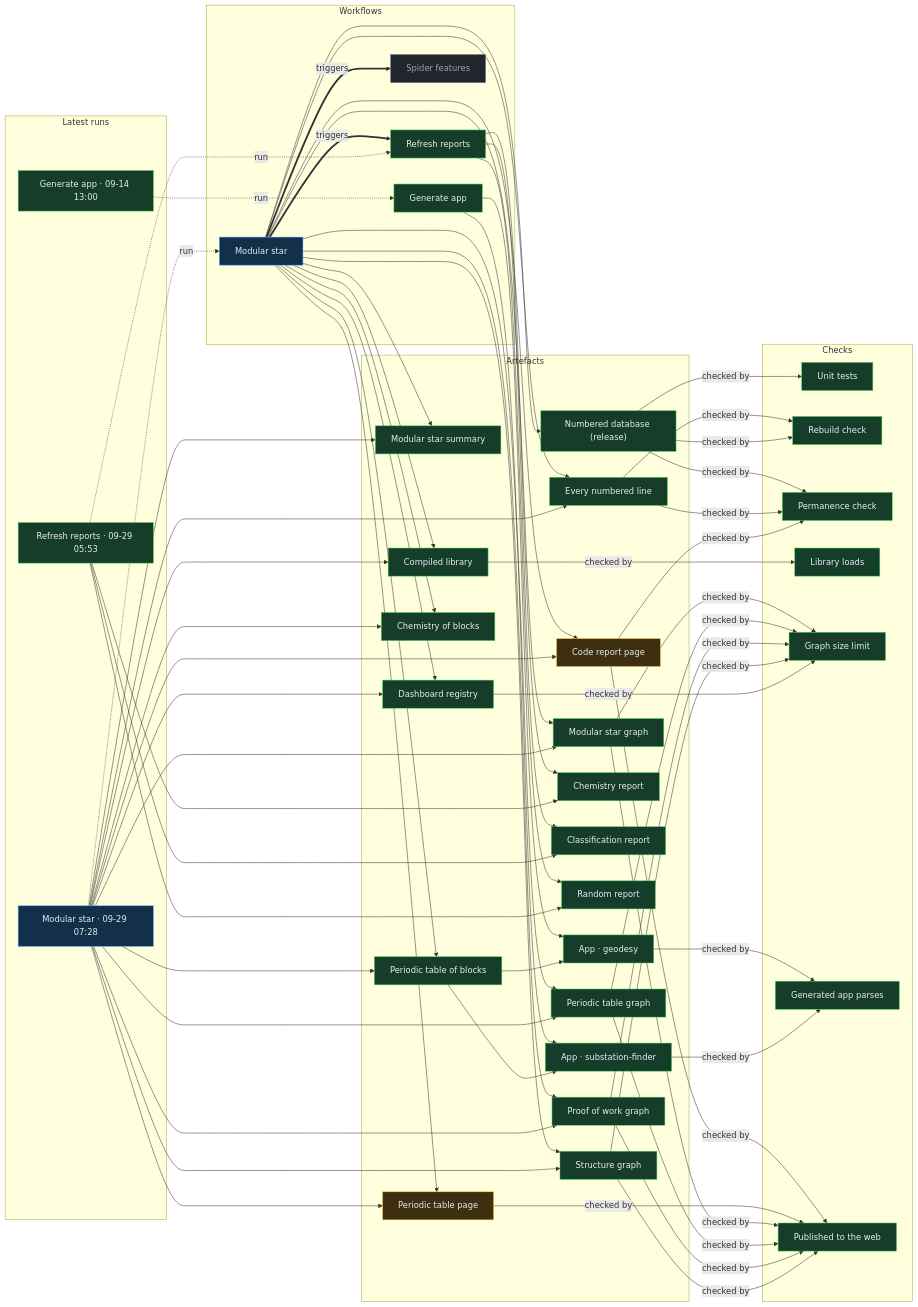
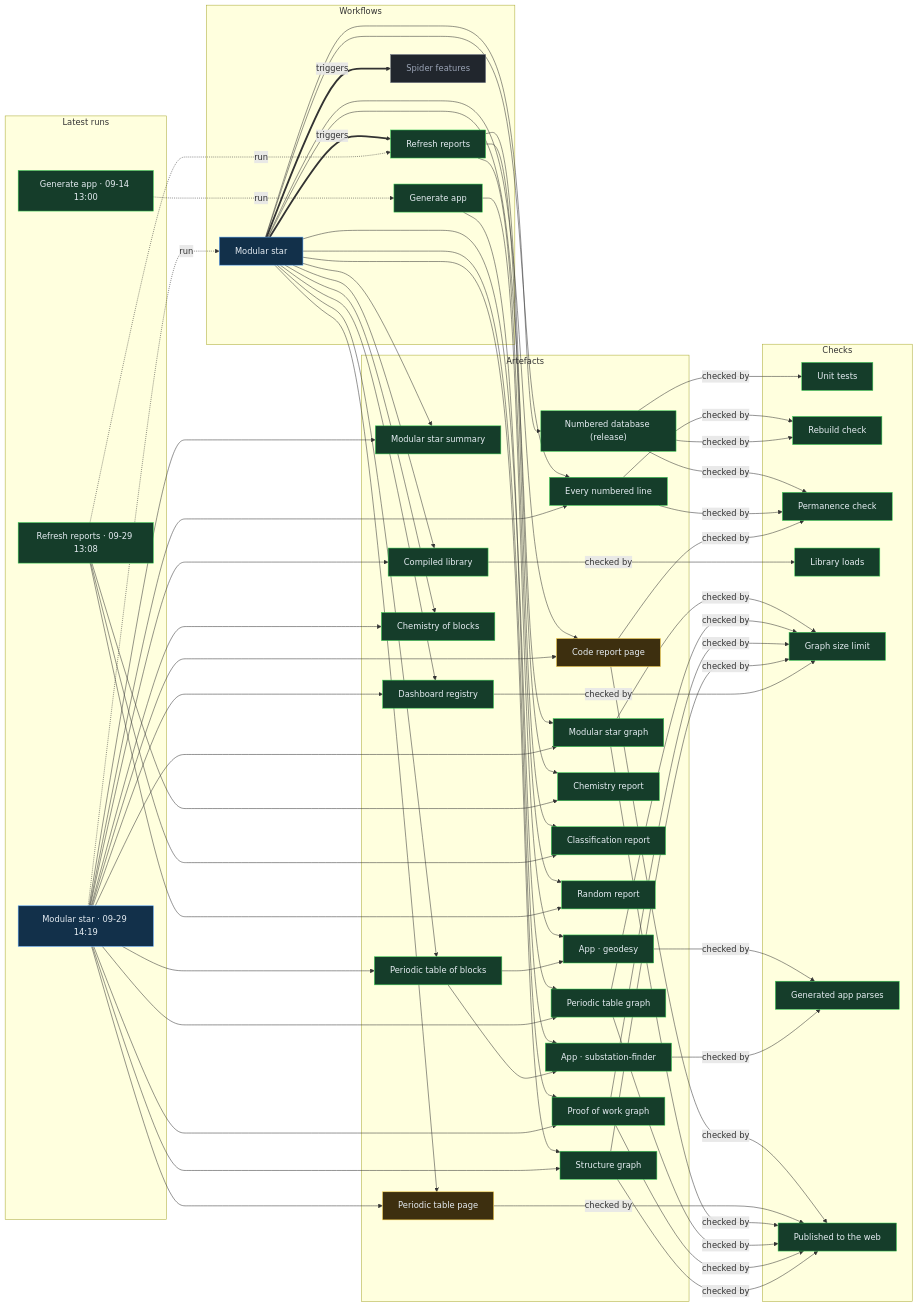
Before and after one commit to Ventusltd/stars: the diagram in proof/PROOF.md, drawn with Mermaid. The commit also changed other lines of this file and 209 other files, not shown here.

Commit message:
Modular star 2026-09-29T14:21Z

```diff
--- a/proof/PROOF.md
+++ b/proof/PROOF.md
@@ -24,8 +24,8 @@
   n_wf_spider_features["Spider features"]:::off
   end
   subgraph g_runs["Latest runs"]
-  n_run_36536829602["Modular star · 09-29 07:28"]:::live
-  n_run_36528359788["Refresh reports · 09-29 05:53"]:::ok
+  n_run_36581773443["Modular star · 09-29 14:19"]:::live
+  n_run_36572974268["Refresh reports · 09-29 13:08"]:::ok
   n_run_34846587798["Generate app · 09-14 13:00"]:::ok
   end
   subgraph g_artefacts["Artefacts"]
@@ -59,39 +59,39 @@
   end
   n_wf_modular_star == triggers ==> n_wf_refresh
   n_wf_modular_star == triggers ==> n_wf_spider_features
-  n_run_36536829602 -. run .-> n_wf_modular_star
-  n_run_36528359788 -. run .-> n_wf_refresh
+  n_run_36581773443 -. run .-> n_wf_modular_star
+  n_run_36572974268 -. run .-> n_wf_refresh
   n_run_34846587798 -. run .-> n_wf_generate
   n_wf_modular_star --> n_art_summary
-  n_run_36536829602 --> n_art_summary
+  n_run_36581773443 --> n_art_summary
   n_wf_modular_star --> n_art_lines
-  n_run_36536829602 --> n_art_lines
+  n_run_36581773443 --> n_art_lines
   n_wf_modular_star --> n_art_code
-  n_run_36536829602 --> n_art_code
+  n_run_36581773443 --> n_art_code
   n_wf_modular_star --> n_art_modular_graph
-  n_run_36536829602 --> n_art_modular_graph
+  n_run_36581773443 --> n_art_modular_graph
   n_wf_modular_star --> n_art_blocks
-  n_run_36536829602 --> n_art_blocks
+  n_run_36581773443 --> n_art_blocks
   n_wf_modular_star --> n_art_table
-  n_run_36536829602 --> n_art_table
+  n_run_36581773443 --> n_art_table
   n_wf_modular_star --> n_art_blocks_graph
-  n_run_36536829602 --> n_art_blocks_graph
+  n_run_36581773443 --> n_art_blocks_graph
   n_wf_modular_star --> n_art_reactions
-  n_run_36536829602 --> n_art_reactions
+  n_run_36581773443 --> n_art_reactions
   n_wf_modular_star --> n_art_library
-  n_run_36536829602 --> n_art_library
+  n_run_36581773443 --> n_art_library
   n_wf_modular_star --> n_art_features
-  n_run_36536829602 --> n_art_features
+  n_run_36581773443 --> n_art_features
   n_wf_modular_star --> n_art_proof
-  n_run_36536829602 --> n_art_proof
+  n_run_36581773443 --> n_art_proof
   n_wf_modular_star --> n_art_structure
-  n_run_36536829602 --> n_art_structure
+  n_run_36581773443 --> n_art_structure
   n_wf_refresh --> n_art_chemistry
-  n_run_36528359788 --> n_art_chemistry
+  n_run_36572974268 --> n_art_chemistry
   n_wf_refresh --> n_art_vedic
-  n_run_36528359788 --> n_art_vedic
+  n_run_36572974268 --> n_art_vedic
   n_wf_refresh --> n_art_random
-  n_run_36528359788 --> n_art_random
+  n_run_36572974268 --> n_art_random
   n_wf_modular_star --> n_art_release
   n_wf_generate --> n_app_geodesy
   n_art_blocks --> n_app_geodesy
```
